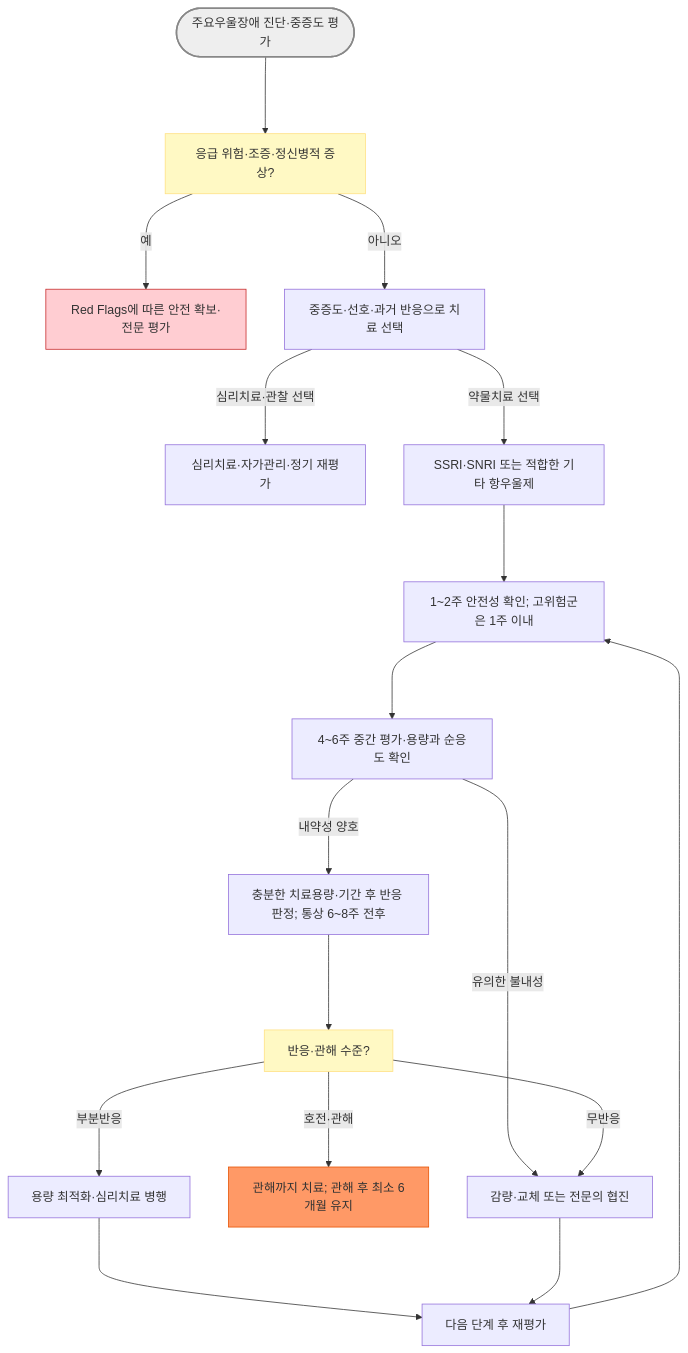
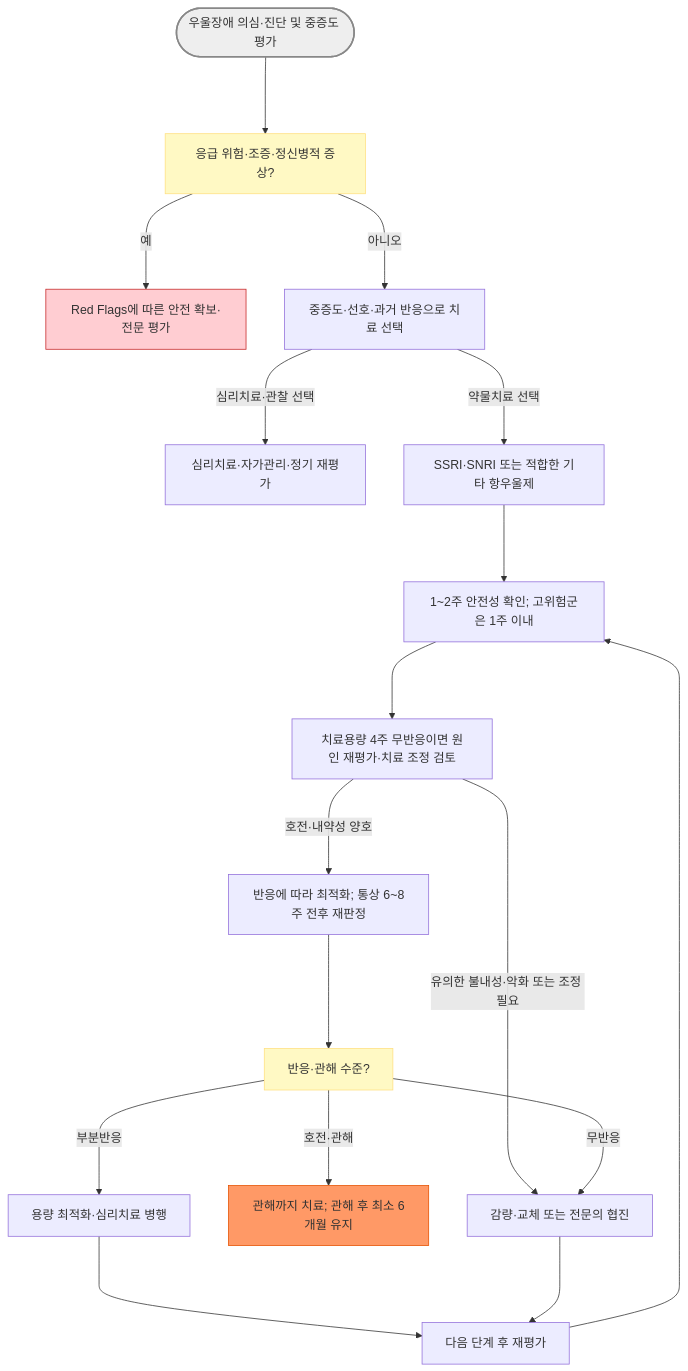
The first of 2 diagrams in 231_/213_-antidepressants-and-anxiolytics.md (familyoh77/familyoh77), drawn with Mermaid before and after one commit. The commit also changed other lines of this file and 9 other files, not shown here.

````diff
--- a/231_/213_-antidepressants-and-anxiolytics.md
+++ b/231_/213_-antidepressants-and-anxiolytics.md
@@ -58,24 +61,24 @@
 ```mermaid
 flowchart TD
-    A(["주요우울장애 진단·중증도 평가"]) ---> B["응급 위험·조증·정신병적 증상?"]
+    A(["우울장애 의심·진단 및 중증도 평가"]) ---> B["응급 위험·조증·정신병적 증상?"]
     B --->|예| C["Red Flags에 따른 안전 확보·전문 평가"]
     B --->|아니오| D["중증도·선호·과거 반응으로 치료 선택"]
     D --->|심리치료·관찰 선택| P["심리치료·자가관리·정기 재평가"]
     D --->|약물치료 선택| E["SSRI·SNRI 또는 적합한 기타 항우울제"]
     E ---> F["1~2주 안전성 확인; 고위험군은 1주 이내"]
-    F ---> Q["4~6주 중간 평가·용량과 순응도 확인"]
-    Q --->|유의한 불내성| J["감량·교체 또는 전문의 협진"]
-    Q --->|내약성 양호| R["충분한 치료용량·기간 후 반응 판정; 통상 6~8주 전후"]
+    F ---> Q["치료용량 4주 무반응이면 원인 재평가·치료 조정 검토"]
+    Q --->|유의한 불내성·악화 또는 조정 필요| J["감량·교체 또는 전문의 협진"]
+    Q --->|호전·내약성 양호| R["반응에 따라 최적화; 통상 6~8주 전후 재판정"]
     R ---> G["반응·관해 수준?"]
     G --->|호전·관해| H["관해까지 치료; 관해 후 최소 6개월 유지"]
     G --->|부분반응| I["용량 최적화·심리치료 병행"]
     G --->|무반응| J
     I ---> K["다음 단계 후 재평가"]
     J ---> K
     K ---> F
     style A fill:#eeeeee,stroke:#888888,stroke-width:2px
     style B fill:#fff9c4,stroke:#ffe082
     style G fill:#fff9c4,stroke:#ffe082
     style C fill:#ffcdd2,stroke:#c62828
     style H fill:#f96,stroke:#e65100
 ```
````
